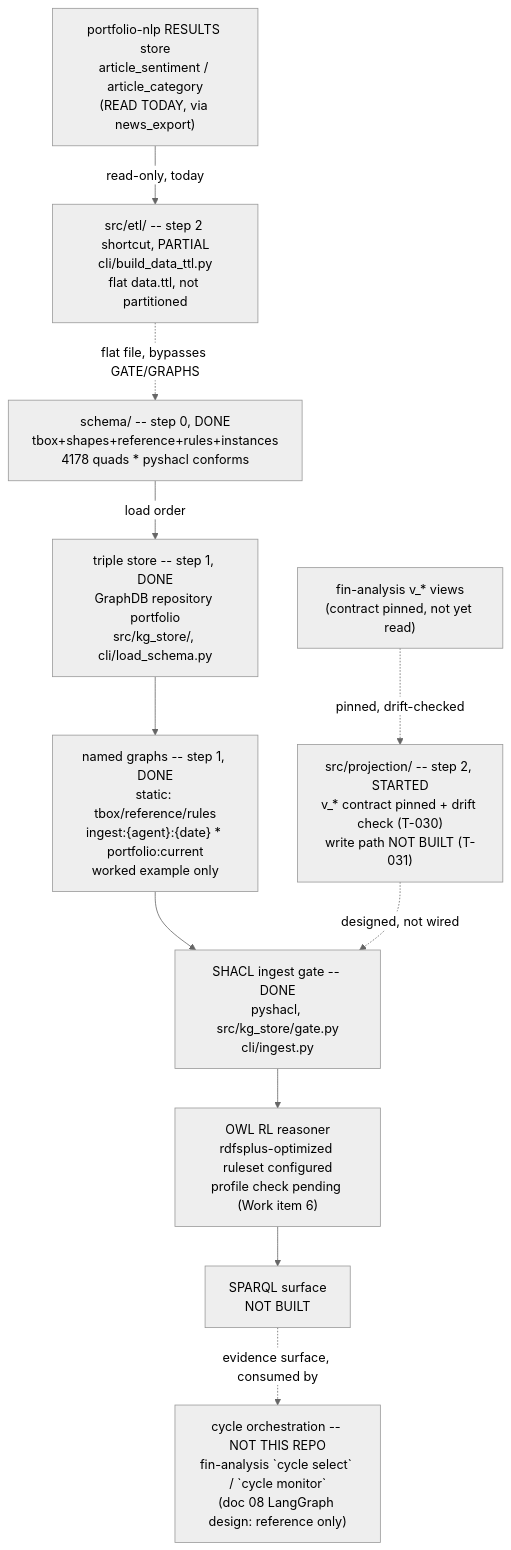
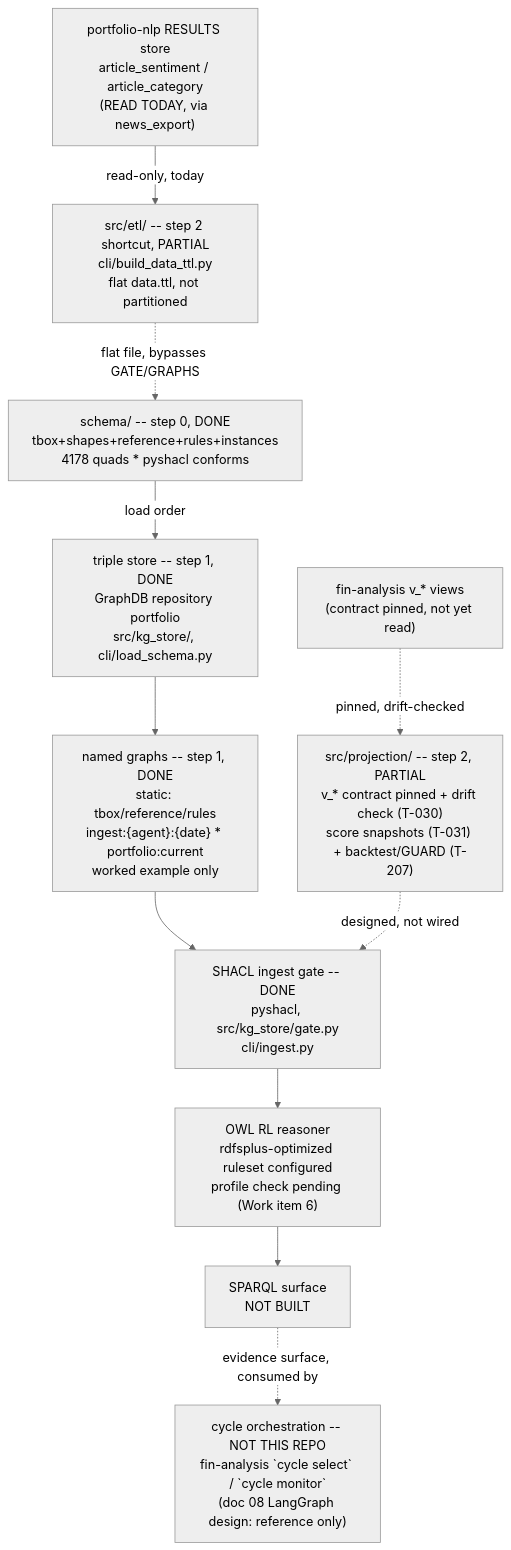
One commit to gamug/portfolio-knowledge-graph changed the diagram in .specify/memory/SPEC.md. Above: the diagram before and after it, drawn with Mermaid (neutral theme). The commit also changed other lines of this file and 21 other files, not shown here.

First line of the commit message:
feat(projection): project the Contract v18 backtest and GUARD views

````diff
--- a/.specify/memory/SPEC.md
+++ b/.specify/memory/SPEC.md
@@ -787,22 +822,22 @@
 ```mermaid
 flowchart TB
     SCHEMA["schema/ -- step 0, DONE<br/>tbox+shapes+reference+rules+instances<br/>4178 quads * pyshacl conforms"]
     STORE["triple store -- step 1, DONE<br/>GraphDB repository portfolio<br/>src/kg_store/, cli/load_schema.py"]
     GRAPHS["named graphs -- step 1, DONE<br/>static: tbox/reference/rules<br/>ingest:{agent}:{date} * portfolio:current<br/>worked example only"]
     GATE["SHACL ingest gate -- DONE<br/>pyshacl, src/kg_store/gate.py<br/>cli/ingest.py"]
-    PROJ["src/projection/ -- step 2, STARTED<br/>v_* contract pinned + drift check (T-030)<br/>write path NOT BUILT (T-031)"]
+    PROJ["src/projection/ -- step 2, PARTIAL<br/>v_* contract pinned + drift check (T-030)<br/>score snapshots (T-031) + backtest/GUARD (T-207)"]
     FIN["fin-analysis v_* views<br/>(contract pinned, not yet read)"]
     NLPRES["portfolio-nlp RESULTS store<br/>article_sentiment / article_category<br/>(READ TODAY, via news_export)"]
     ETL["src/etl/ -- step 2 shortcut, PARTIAL<br/>cli/build_data_ttl.py<br/>flat data.ttl, not partitioned"]
     REASON["OWL RL reasoner<br/>rdfsplus-optimized ruleset configured<br/>profile check pending (Work item 6)"]
     SPARQL["SPARQL surface<br/>NOT BUILT"]
     AGENTS["cycle orchestration -- NOT THIS REPO<br/>fin-analysis `cycle select` / `cycle monitor`<br/>(doc 08 LangGraph design: reference only)"]
 
     SCHEMA -->|load order| STORE --> GRAPHS --> GATE
     FIN -.->|pinned, drift-checked| PROJ
     PROJ -.->|designed, not wired| GATE
     NLPRES -->|read-only, today| ETL
     ETL -.->|flat file, bypasses GATE/GRAPHS| SCHEMA
     GATE --> REASON --> SPARQL
     SPARQL -.->|evidence surface, consumed by| AGENTS
 ```
````
